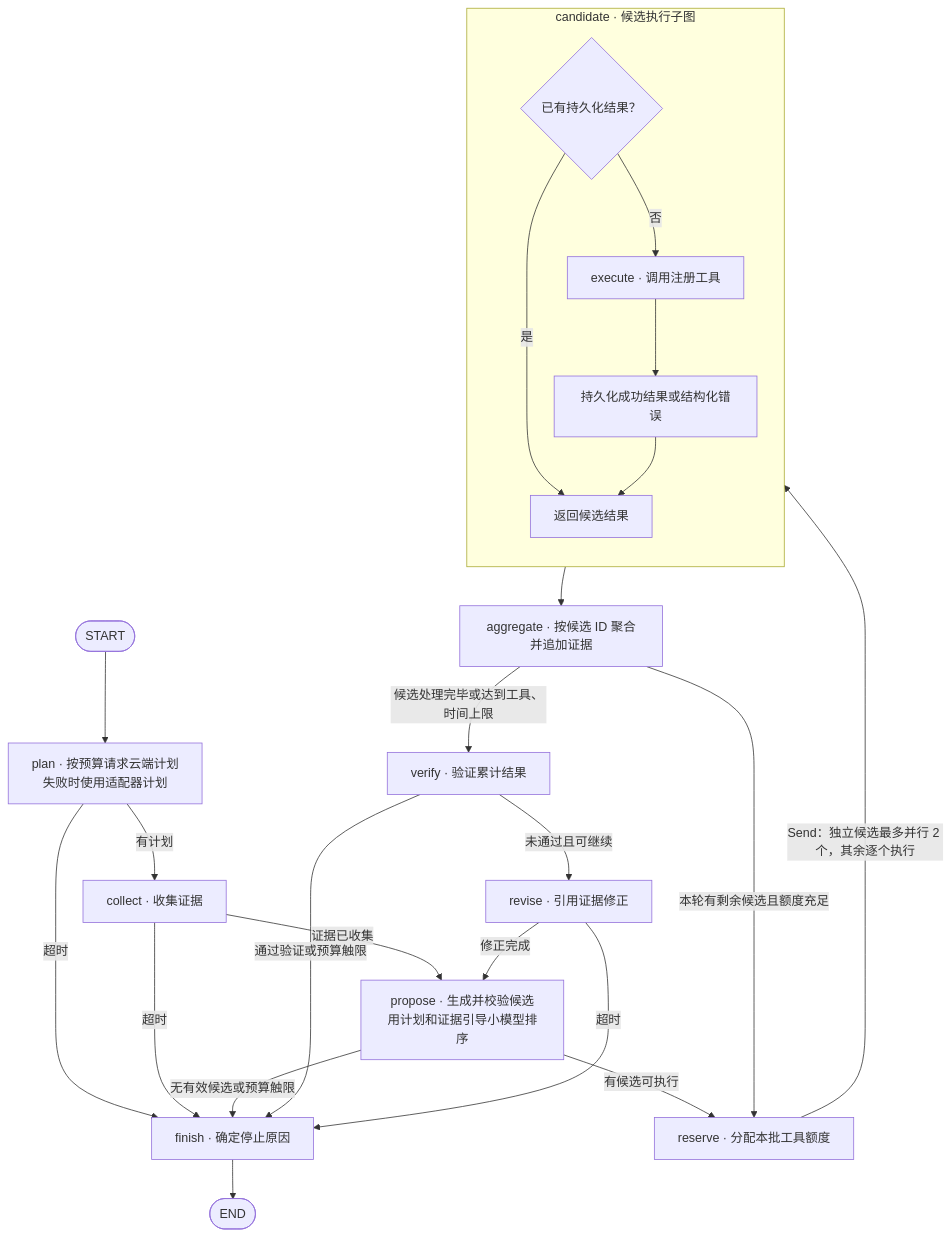
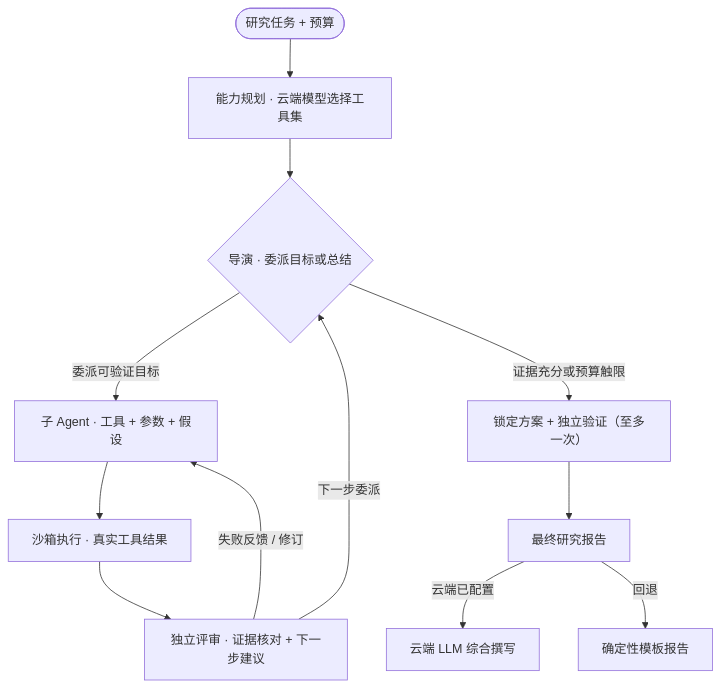
One commit to lierl1222/LazyResearch changed the diagram in README.md. Above: the diagram before and after it, drawn with Mermaid. The commit also changed other lines of this file and 25 other files, not shown here.

````diff
--- a/README.md
+++ b/README.md
@@ -167,30 +19,14 @@
 ```mermaid
 flowchart TD
-    Start(["START"]) --> Plan["plan · 按预算请求云端计划<br/>失败时使用适配器计划"]
-    Plan -->|"有计划"| Collect["collect · 收集证据"]
-    Plan -->|"超时"| Finish["finish · 确定停止原因"]
-    Collect -->|"证据已收集"| Propose["propose · 生成并校验候选<br/>用计划和证据引导小模型排序"]
-    Collect -->|"超时"| Finish
-    Propose -->|"有候选可执行"| Reserve["reserve · 分配本批工具额度"]
-    Propose -->|"无有效候选或预算触限"| Finish
-
-    subgraph Candidate["candidate · 候选执行子图"]
-        direction TB
-        Cached{"已有持久化结果？"}
-        Execute["execute · 调用注册工具"]
-        Persist["持久化成功结果或结构化错误"]
-        Return["返回候选结果"]
-        Cached -->|"是"| Return
-        Cached -->|"否"| Execute --> Persist --> Return
-    end
-
-    Reserve -->|"Send：独立候选最多并行 2 个，其余逐个执行"| Cached
-    Return --> Aggregate["aggregate · 按候选 ID 聚合并追加证据"]
-    Aggregate -->|"本轮有剩余候选且额度充足"| Reserve
-    Aggregate -->|"候选处理完毕或达到工具、时间上限"| Verify["verify · 验证累计结果"]
-    Verify -->|"通过验证或预算触限"| Finish
-    Verify -->|"未通过且可继续"| Revise["revise · 引用证据修正"]
-    Revise -->|"修正完成"| Propose
-    Revise -->|"超时"| Finish
-    Finish --> End(["END"])
+    Submit(["研究任务 + 预算"]) --> Plan["能力规划 · 云端模型选择工具集"]
+    Plan --> Director{"导演 · 委派目标或总结"}
+    Director -->|"委派可验证目标"| Worker["子 Agent · 工具 + 参数 + 假设"]
+    Worker --> Execute["沙箱执行 · 真实工具结果"]
+    Execute --> Review["独立评审 · 证据核对 + 下一步建议"]
+    Review -->|"失败反馈 / 修订"| Worker
+    Review -->|"下一步委派"| Director
+    Director -->|"证据充分或预算触限"| Lock["锁定方案 + 独立验证（至多一次）"]
+    Lock --> Report["最终研究报告"]
+    Report -->|"云端已配置"| Cloud["云端 LLM 综合撰写"]
+    Report -->|"回退"| Template["确定性模板报告"]
 ```
````
